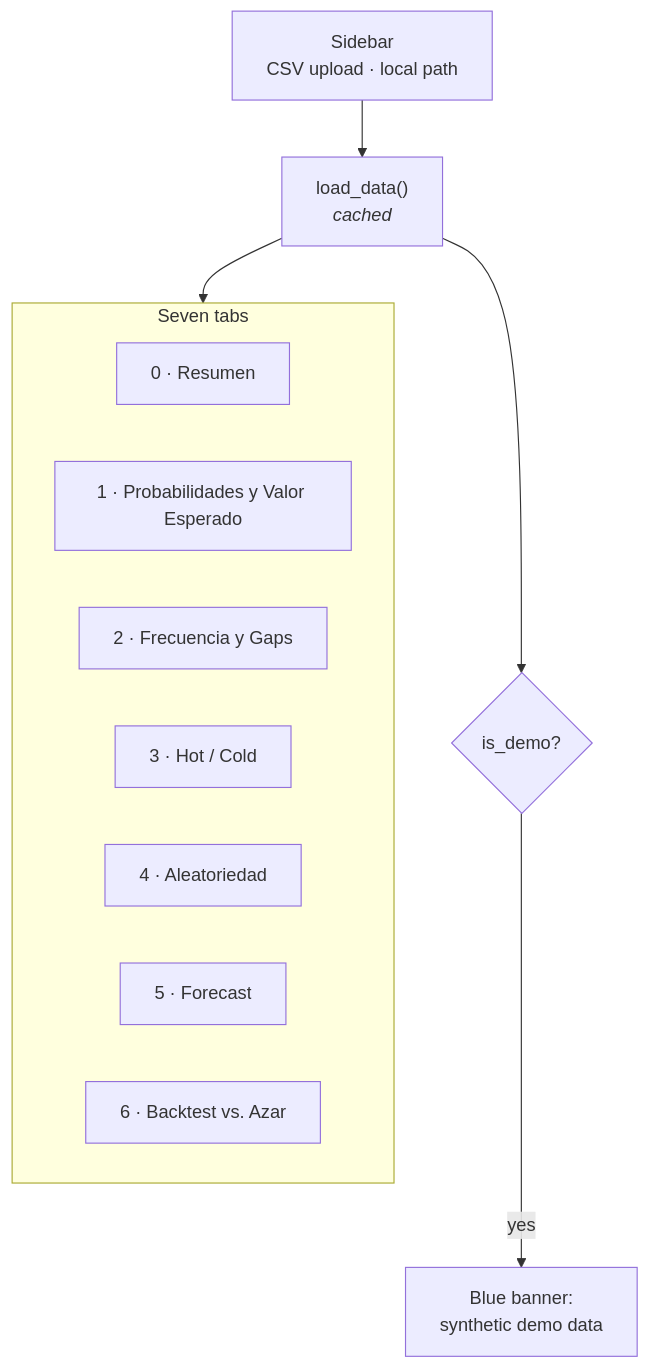
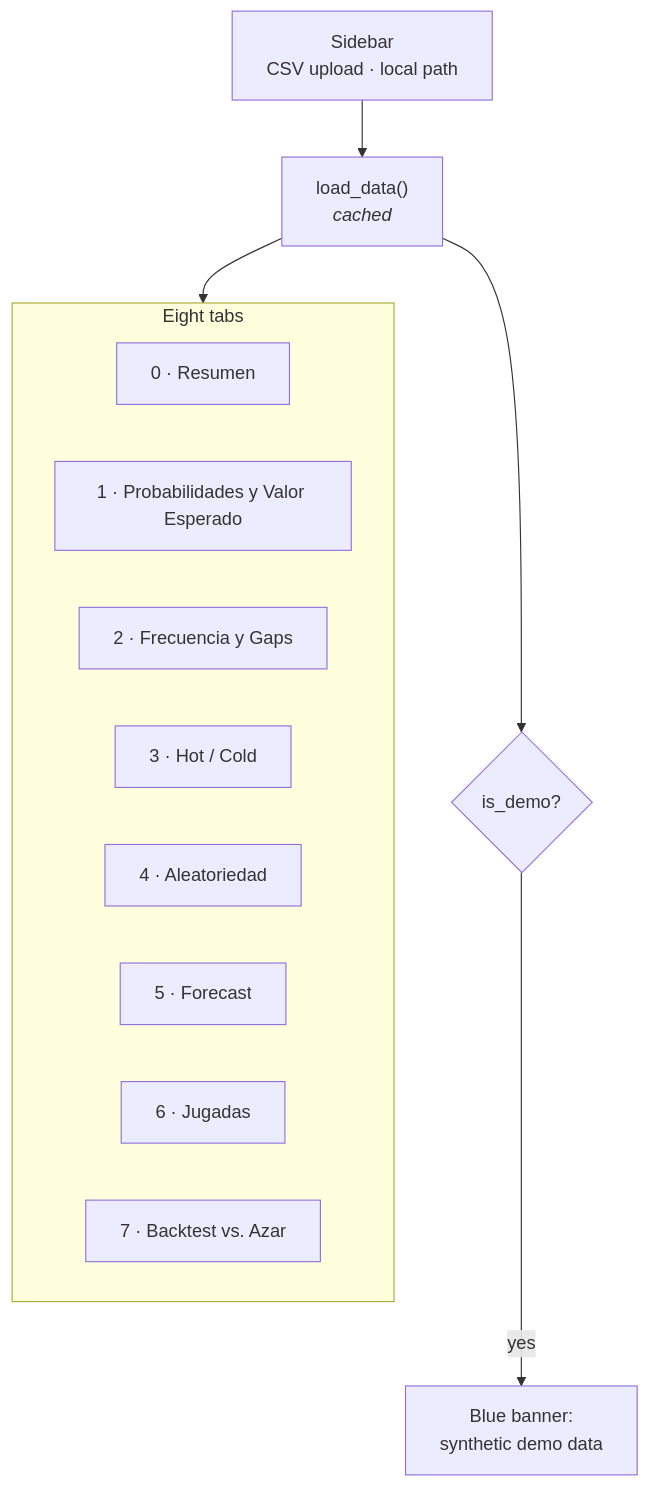
Before and after one commit to andresfelipe9619/prophet-playground: the diagram in docs/dashboard.md, drawn with Mermaid. The commit also changed other lines of this file and 8 other files, not shown here.

````diff
--- a/docs/dashboard.md
+++ b/docs/dashboard.md
@@ -10,17 +10,18 @@
 ```mermaid
 flowchart TD
     SIDE["Sidebar<br/>CSV upload · local path"] --> LOAD["load_data()<br/><i>cached</i>"]
     LOAD --> BANNER{"is_demo?"}
     BANNER -->|"yes"| INFO["Blue banner:<br/>synthetic demo data"]
     LOAD --> T
 
-    subgraph T["Seven tabs"]
+    subgraph T["Eight tabs"]
         T0["0 · Resumen"]
         T1["1 · Probabilidades y Valor Esperado"]
         T2["2 · Frecuencia y Gaps"]
         T3["3 · Hot / Cold"]
         T4["4 · Aleatoriedad"]
         T5["5 · Forecast"]
-        T6["6 · Backtest vs. Azar"]
+        T6["6 · Jugadas"]
+        T7["7 · Backtest vs. Azar"]
     end
 ```
````
